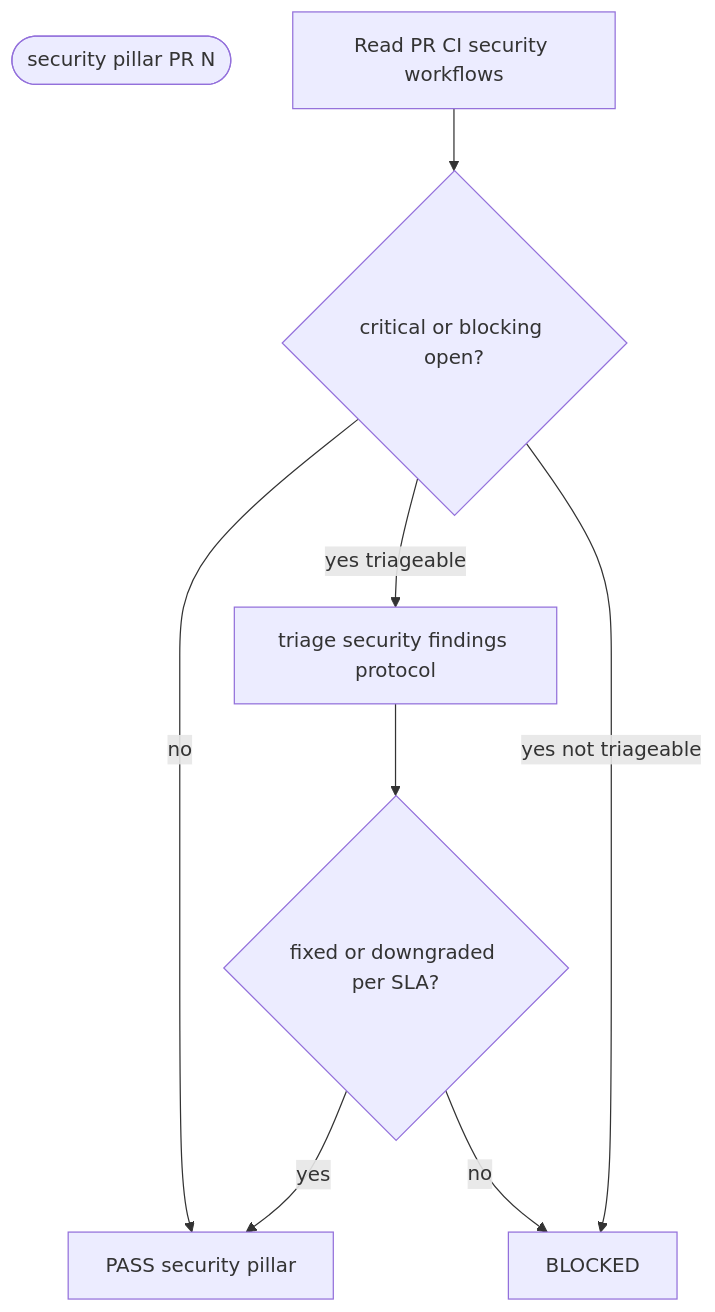
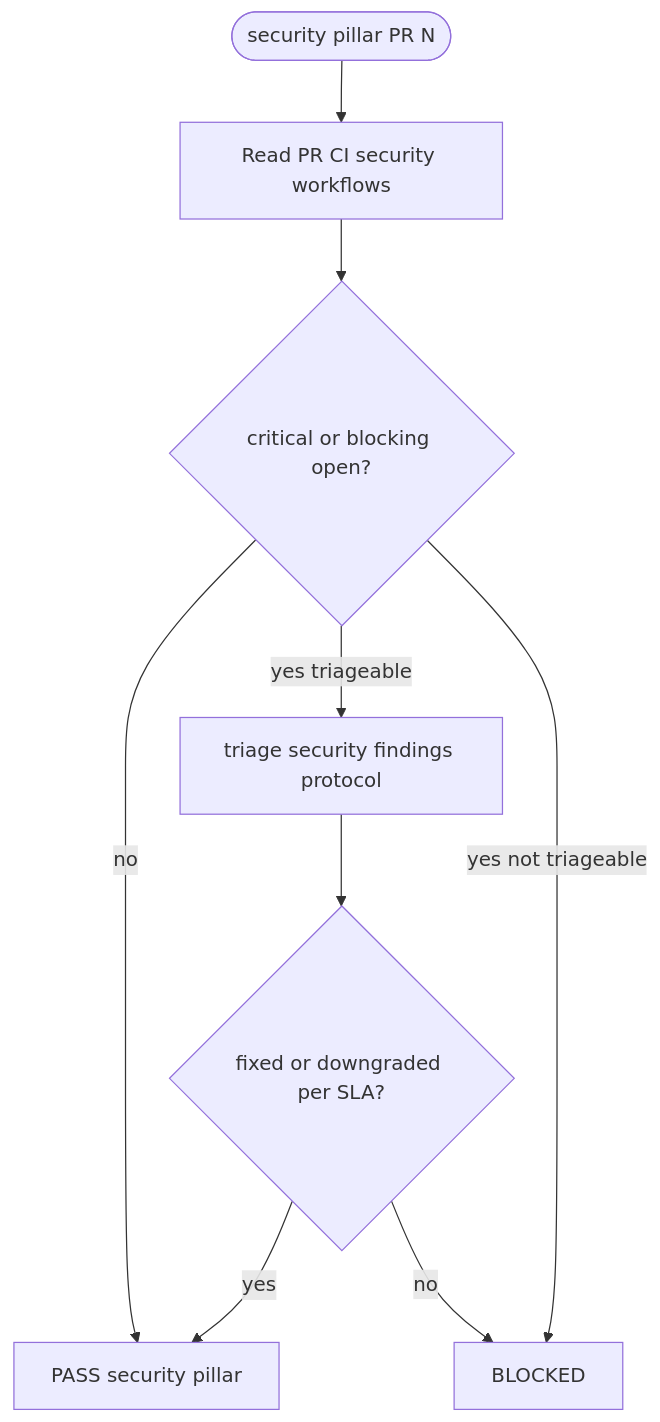
One commit to chimeranext/better-toolkits changed the first of 2 diagrams in toolkits/assurance-toolkit/references/security/triage.md. Above: the diagram before and after it, drawn with Mermaid. The commit also changed 5 other files, not shown here.

First line of the commit message:
fix(assurance): reconnect pillar triage Mermaid start nodes (issue #90)

````diff
--- a/toolkits/assurance-toolkit/references/security/triage.md
+++ b/toolkits/assurance-toolkit/references/security/triage.md
@@ -12,12 +12,12 @@
 ```mermaid
 flowchart TD
   start(["security pillar PR N"])
-  c1["Read PR CI security workflows"]
+  start --> c1["Read PR CI security workflows"]
   c1 --> c2{"critical or blocking open?"}
   c2 -->|no| p["PASS security pillar"]
   c2 -->|yes triageable| t["triage security findings protocol"]
   t --> c3{"fixed or downgraded per SLA?"}
   c3 -->|no| b["BLOCKED"]
   c3 -->|yes| p
   c2 -->|yes not triageable| b
 ```
````
